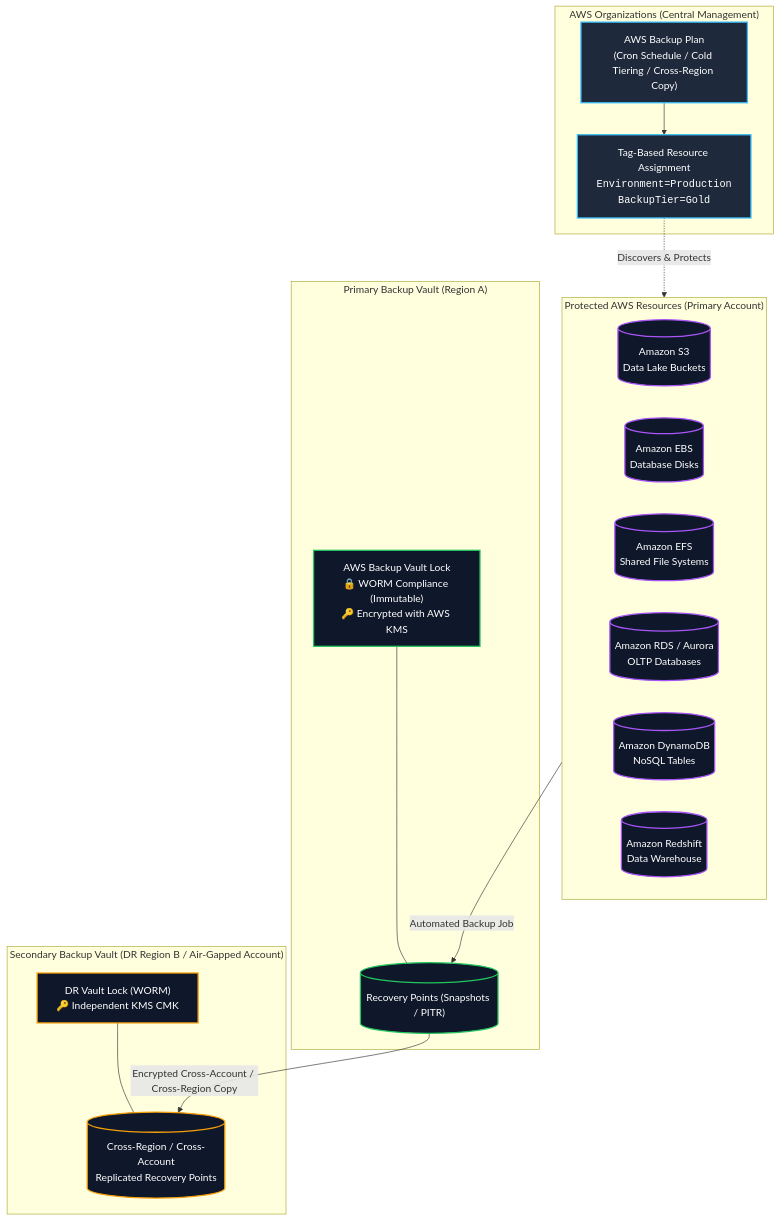
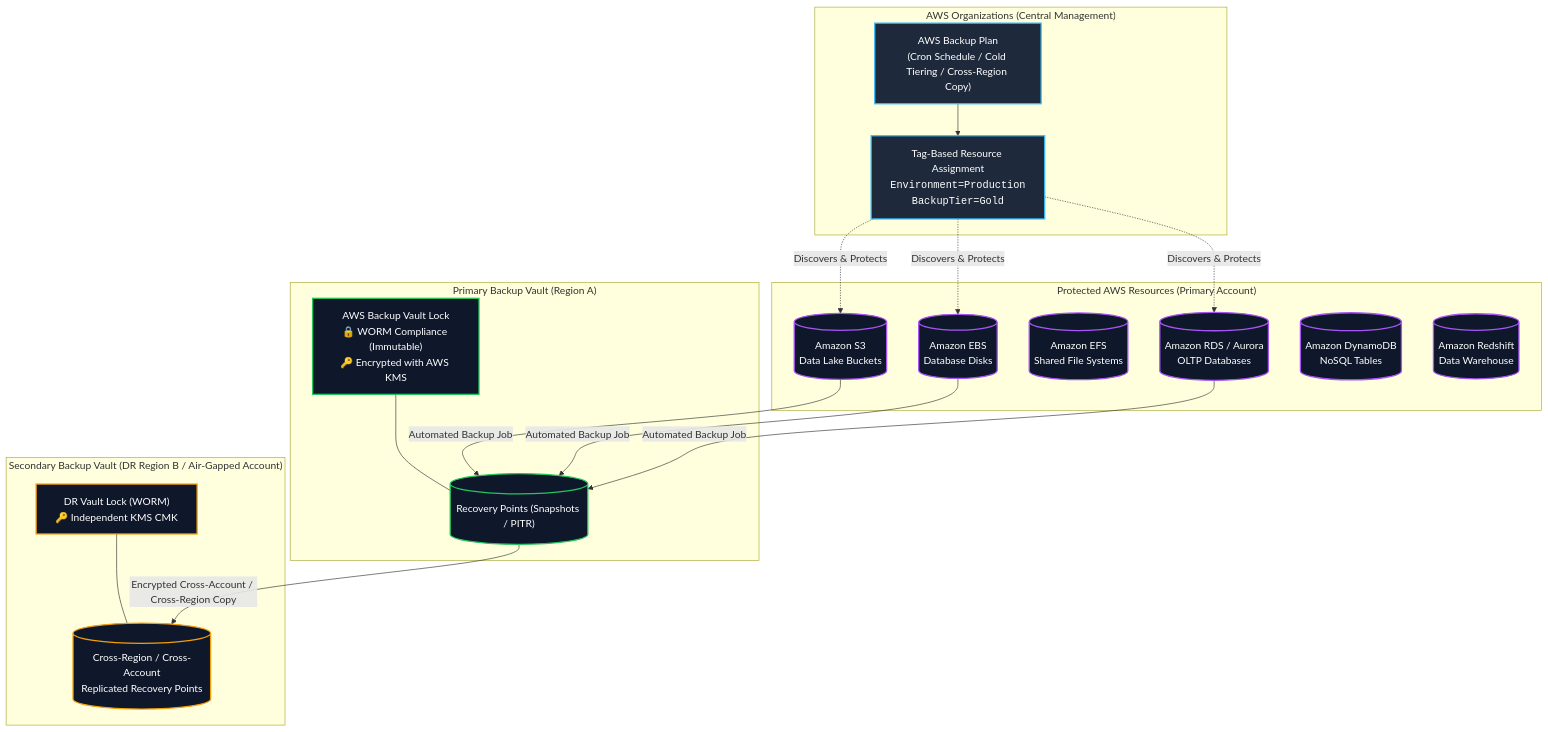
Before and after one commit to Wathon/aws-dea-c01-note: the first of 6 diagrams in content/02-services/security-governance/aws-backup.md, drawn with Mermaid. The commit also changed 5 other files, not shown here.

Commit message:
fix(mermaid): resolve reserved keyword classDef and subgraph edge endpoint parse errors

````diff
--- a/content/02-services/security-governance/aws-backup.md
+++ b/content/02-services/security-governance/aws-backup.md
@@ -33,44 +33,48 @@
 ```mermaid
 graph TB
     subgraph Organization["AWS Organizations (Central Management)"]
         BackupPlan["AWS Backup Plan<br/>(Cron Schedule / Cold Tiering / Cross-Region Copy)"]
         TagRule["Tag-Based Resource Assignment<br/><code>Environment=Production</code><br/><code>BackupTier=Gold</code>"]
         BackupPlan --> TagRule
     end
 
     subgraph SourceServices["Protected AWS Resources (Primary Account)"]
         S3Data[("Amazon S3<br/>Data Lake Buckets")]
         EBSVol[("Amazon EBS<br/>Database Disks")]
         EFSShare[("Amazon EFS<br/>Shared File Systems")]
         RDSDB[("Amazon RDS / Aurora<br/>OLTP Databases")]
         DynamoTable[("Amazon DynamoDB<br/>NoSQL Tables")]
         RedshiftClust[("Amazon Redshift<br/>Data Warehouse")]
     end
 
-    TagRule -.->|"Discovers & Protects"| SourceServices
+    TagRule -.->|"Discovers & Protects"| S3Data
+    TagRule -.->|"Discovers & Protects"| EBSVol
+    TagRule -.->|"Discovers & Protects"| RDSDB
 
     subgraph PrimaryVault["Primary Backup Vault (Region A)"]
         VaultLock["AWS Backup Vault Lock<br/>🔒 WORM Compliance (Immutable)<br/>🔑 Encrypted with AWS KMS"]
         RecPoints[("Recovery Points (Snapshots / PITR)")]
         VaultLock --- RecPoints
     end
 
     subgraph DRVault["Secondary Backup Vault (DR Region B / Air-Gapped Account)"]
         DRLock["DR Vault Lock (WORM)<br/>🔑 Independent KMS CMK"]
         DRRecPoints[("Cross-Region / Cross-Account<br/>Replicated Recovery Points")]
         DRLock --- DRRecPoints
     end
 
-    SourceServices -->|"Automated Backup Job"| RecPoints
+    S3Data -->|"Automated Backup Job"| RecPoints
+    EBSVol -->|"Automated Backup Job"| RecPoints
+    RDSDB -->|"Automated Backup Job"| RecPoints
     RecPoints -->|"Encrypted Cross-Account / Cross-Region Copy"| DRRecPoints
 
     classDef plan fill:#1e293b,stroke:#38bdf8,stroke-width:2px,color:#fff;
     classDef source fill:#0f172a,stroke:#a855f7,stroke-width:2px,color:#fff;
     classDef vault fill:#0f172a,stroke:#22c55e,stroke-width:2px,color:#fff;
     classDef dr fill:#0f172a,stroke:#f59e0b,stroke-width:2px,color:#fff;
 
     class BackupPlan,TagRule plan;
     class S3Data,EBSVol,EFSShare,RDSDB,DynamoTable,RedshiftClust source;
     class VaultLock,RecPoints vault;
     class DRLock,DRRecPoints dr;
 ```
````
